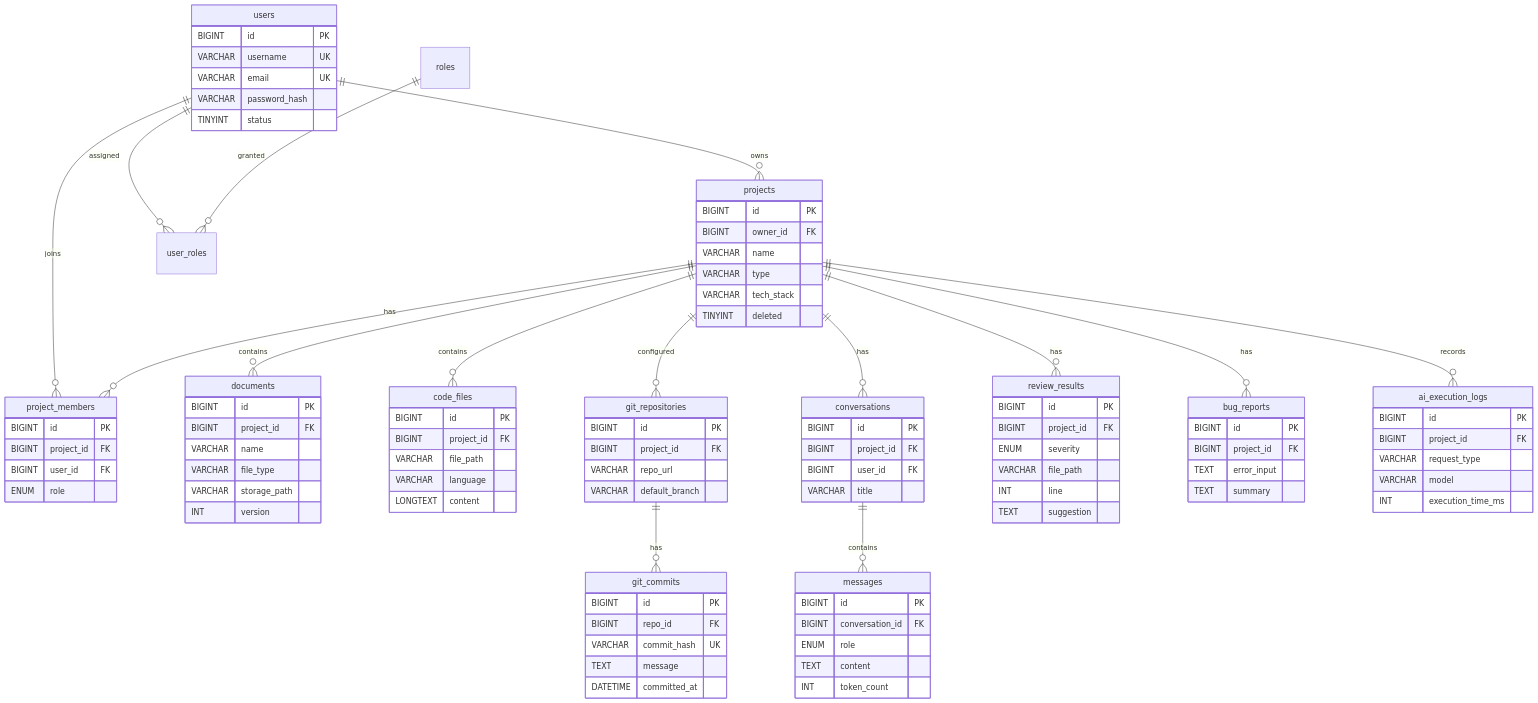
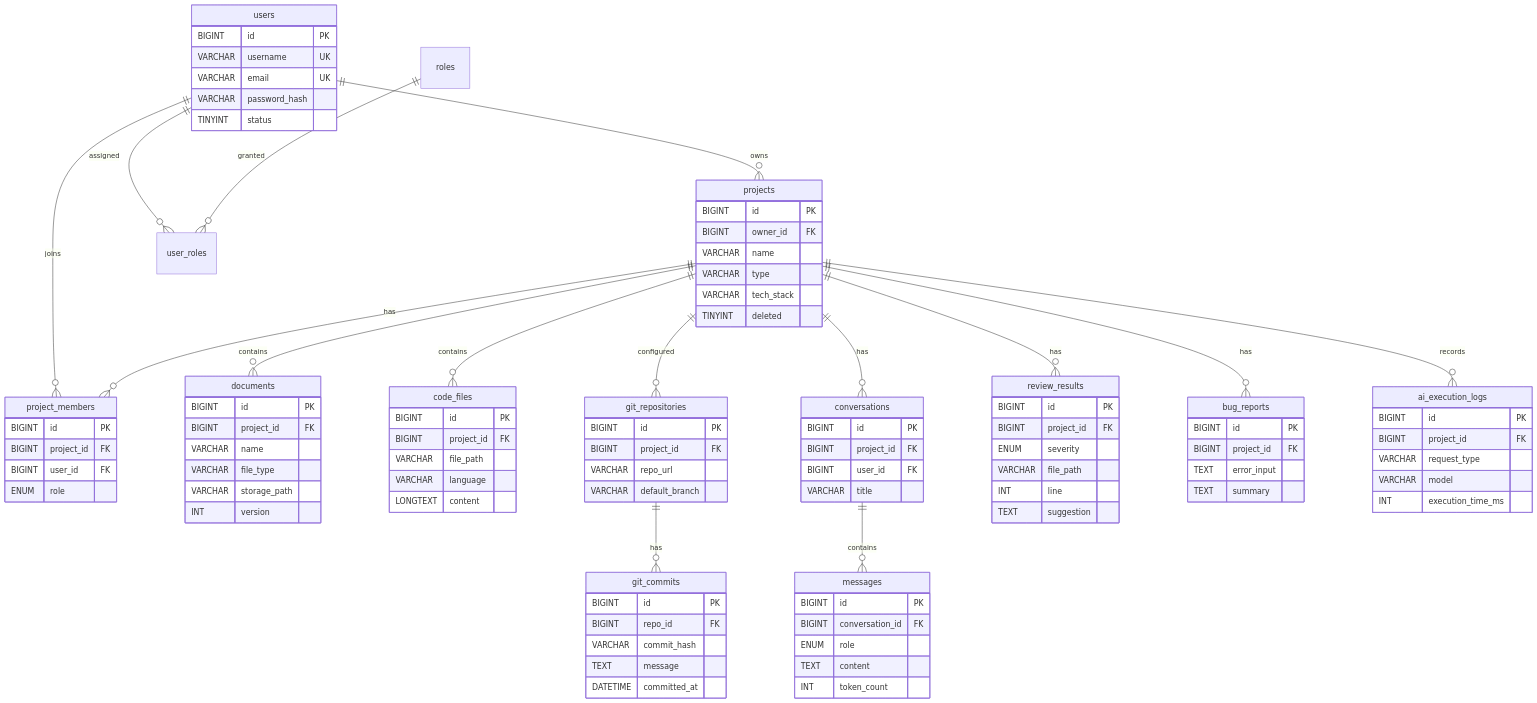
One commit to YUNTIANMI/CodeAtlas changed the diagram in docs/database.md. Above: the diagram before and after it, drawn with Mermaid. The commit also changed other lines of this file and 9 other files, not shown here.

```diff
--- a/docs/database.md
+++ b/docs/database.md
@@ -80,7 +80,7 @@
     git_commits {
         BIGINT id PK
         BIGINT repo_id FK
-        VARCHAR commit_hash UK
+        VARCHAR commit_hash
         TEXT message
         DATETIME committed_at
     }
```
